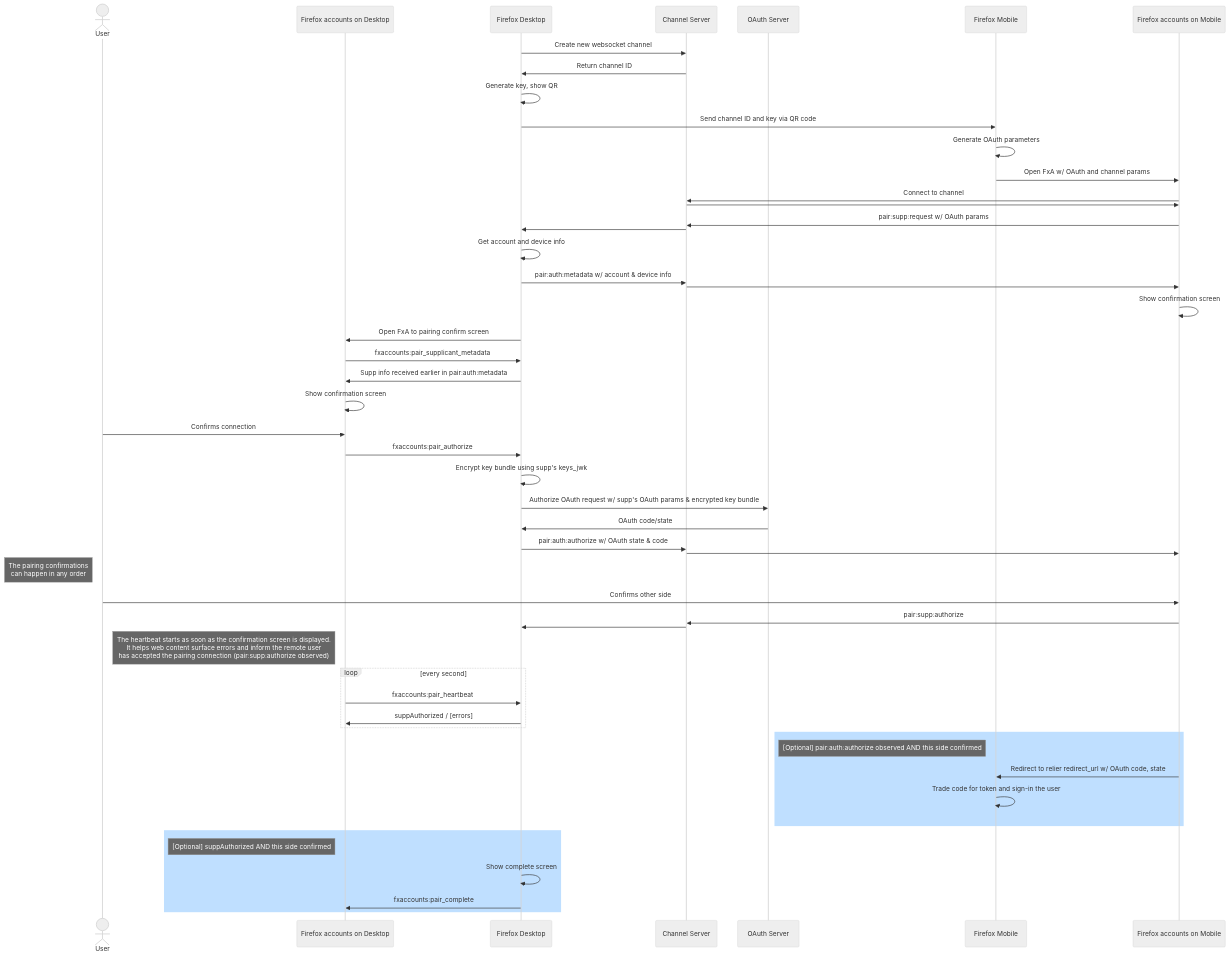
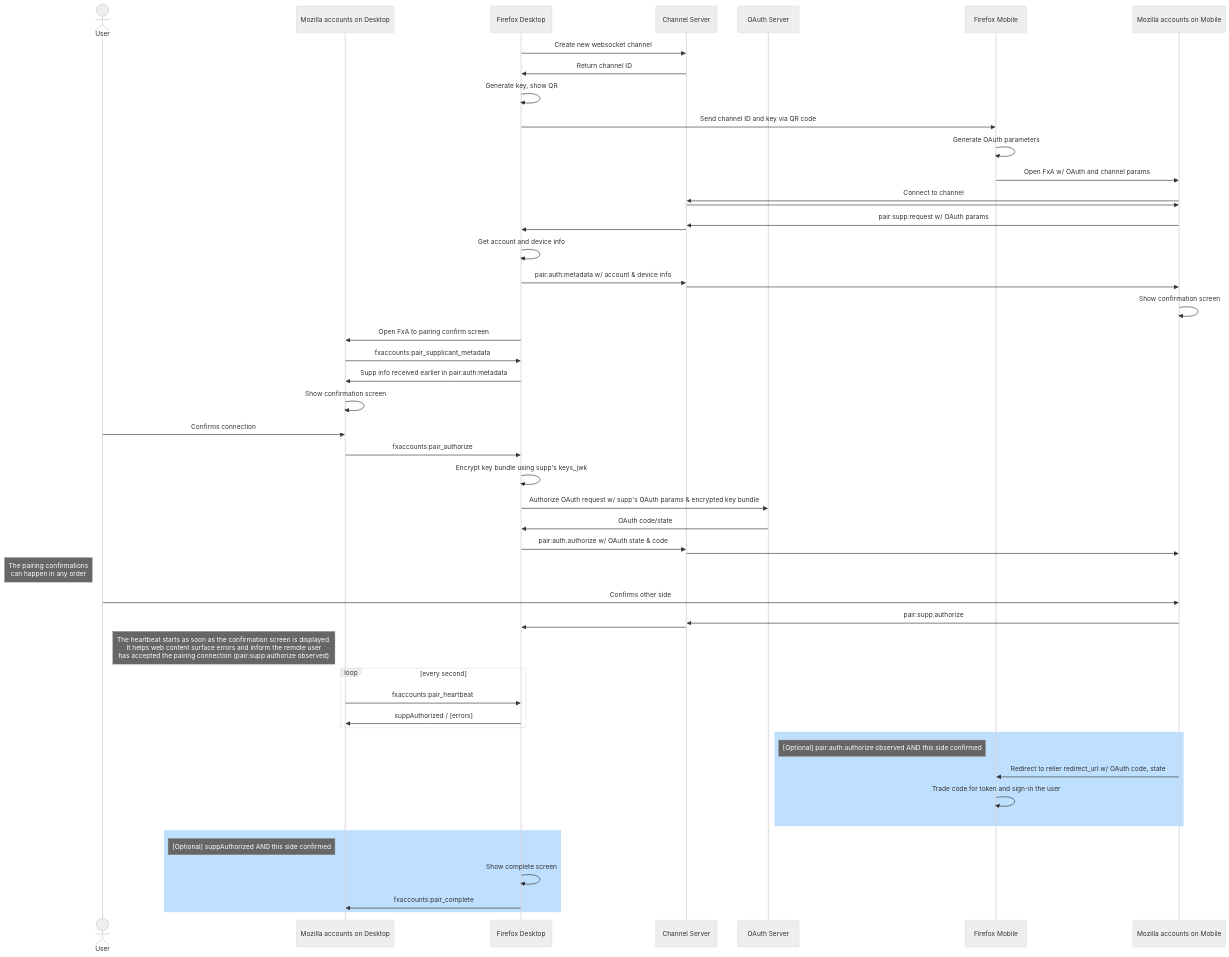
Before and after one commit to mozilla/ecosystem-platform: the third of 3 diagrams in docs/explanation/pairing-flow-architecture.md, drawn with Mermaid (neutral theme). The commit also changed other lines of this file and 32 other files, not shown here.

Commit message:
s/Firefox Accounts/Mozilla accounts/

````diff
--- a/docs/explanation/pairing-flow-architecture.md
+++ b/docs/explanation/pairing-flow-architecture.md
@@ -71,61 +71,61 @@
 ```mermaid
 sequenceDiagram
     actor User
-    participant Firefox accounts on Desktop
+    participant Mozilla accounts on Desktop
     participant Firefox Desktop
     participant Channel Server
     participant OAuth Server
     participant Firefox Mobile
-    participant Firefox accounts on Mobile
+    participant Mozilla accounts on Mobile
 
     Firefox Desktop->>Channel Server: Create new websocket channel
     Channel Server->>Firefox Desktop: Return channel ID
     Firefox Desktop->>Firefox Desktop: Generate key, show QR
     Firefox Desktop->>Firefox Mobile: Send channel ID and key via QR code
     Firefox Mobile->>Firefox Mobile: Generate OAuth parameters
-    Firefox Mobile->>Firefox accounts on Mobile: Open FxA w/ OAuth and channel params
-    Firefox accounts on Mobile->>Channel Server: Connect to channel
-    Channel Server->>Firefox accounts on Mobile: 
-    Firefox accounts on Mobile->>Channel Server: pair:supp:request w/ OAuth params
+    Firefox Mobile->>Mozilla accounts on Mobile: Open FxA w/ OAuth and channel params
+    Mozilla accounts on Mobile->>Channel Server: Connect to channel
+    Channel Server->>Mozilla accounts on Mobile: 
+    Mozilla accounts on Mobile->>Channel Server: pair:supp:request w/ OAuth params
     Channel Server->>Firefox Desktop: 
     Firefox Desktop->>Firefox Desktop: Get account and device info
     Firefox Desktop->>Channel Server: pair:auth:metadata w/ account & device info
-    Channel Server->>Firefox accounts on Mobile: 
-    Firefox accounts on Mobile->>Firefox accounts on Mobile: Show confirmation screen
-    Firefox Desktop->>Firefox accounts on Desktop: Open FxA to pairing confirm screen
-    Firefox accounts on Desktop->>Firefox Desktop: fxaccounts:pair_supplicant_metadata
-    Firefox Desktop->>Firefox accounts on Desktop: Supp info received earlier in pair:auth:metadata
-    Firefox accounts on Desktop->>Firefox accounts on Desktop: Show confirmation screen    
+    Channel Server->>Mozilla accounts on Mobile: 
+    Mozilla accounts on Mobile->>Mozilla accounts on Mobile: Show confirmation screen
+    Firefox Desktop->>Mozilla accounts on Desktop: Open FxA to pairing confirm screen
+    Mozilla accounts on Desktop->>Firefox Desktop: fxaccounts:pair_supplicant_metadata
+    Firefox Desktop->>Mozilla accounts on Desktop: Supp info received earlier in pair:auth:metadata
+    Mozilla accounts on Desktop->>Mozilla accounts on Desktop: Show confirmation screen    
     
-    User->>Firefox accounts on Desktop: Confirms connection
-    Firefox accounts on Desktop->>Firefox Desktop: fxaccounts:pair_authorize
+    User->>Mozilla accounts on Desktop: Confirms connection
+    Mozilla accounts on Desktop->>Firefox Desktop: fxaccounts:pair_authorize
     Firefox Desktop->>Firefox Desktop: Encrypt key bundle using supp's keys_jwk
     Firefox Desktop->>OAuth Server: Authorize OAuth request w/ supp's OAuth params & encrypted key bundle
     OAuth Server->>Firefox Desktop: OAuth code/state
     Firefox Desktop->>Channel Server: pair:auth:authorize w/ OAuth state & code
-    Channel Server->> Firefox accounts on Mobile: 
+    Channel Server->> Mozilla accounts on Mobile: 
     
     note left of User: The pairing confirmations<br/> can happen in any order
-    User->> Firefox accounts on Mobile: Confirms other side
-    Firefox accounts on Mobile->>Channel Server: pair:supp:authorize
+    User->> Mozilla accounts on Mobile: Confirms other side
+    Mozilla accounts on Mobile->>Channel Server: pair:supp:authorize
     Channel Server->>Firefox Desktop: 
 
-    note left of Firefox accounts on Desktop: The heartbeat starts as soon as the confirmation screen is displayed.<br/>It helps web content surface errors and inform the remote user<br/>has accepted the pairing connection (pair:supp:authorize observed)
+    note left of Mozilla accounts on Desktop: The heartbeat starts as soon as the confirmation screen is displayed.<br/>It helps web content surface errors and inform the remote user<br/>has accepted the pairing connection (pair:supp:authorize observed)
     loop every second
-    Firefox accounts on Desktop->>Firefox Desktop: fxaccounts:pair_heartbeat
-    Firefox Desktop->>Firefox accounts on Desktop: suppAuthorized / [errors]
+    Mozilla accounts on Desktop->>Firefox Desktop: fxaccounts:pair_heartbeat
+    Firefox Desktop->>Mozilla accounts on Desktop: suppAuthorized / [errors]
     end
 
     rect rgb(191, 223, 255)
     note left of Firefox Mobile: [Optional] pair:auth:authorize observed AND this side confirmed
-    Firefox accounts on Mobile->>Firefox Mobile: Redirect to relier redirect_url w/ OAuth code, state
+    Mozilla accounts on Mobile->>Firefox Mobile: Redirect to relier redirect_url w/ OAuth code, state
     Firefox Mobile->>Firefox Mobile: Trade code for token and sign-in the user
     end
 
     rect rgb(191, 223, 255)
-    note left of Firefox accounts on Desktop: [Optional] suppAuthorized AND this side confirmed
+    note left of Mozilla accounts on Desktop: [Optional] suppAuthorized AND this side confirmed
     Firefox Desktop->>Firefox Desktop: Show complete screen
-    Firefox Desktop->>Firefox accounts on Desktop: fxaccounts:pair_complete
+    Firefox Desktop->>Mozilla accounts on Desktop: fxaccounts:pair_complete
     end
 
 ```
````
